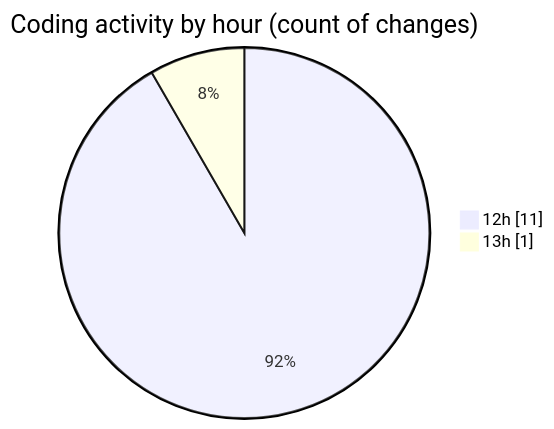
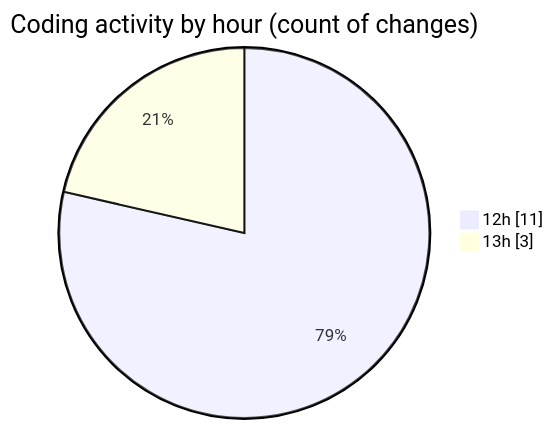
One commit to BS-eng2023/code-tracking changed the second of 2 diagrams in 2025-03-27/vms-backend/README.md. Above: the diagram before and after it, drawn with Mermaid. The commit also changed other lines of this file and 1 other file, not shown here.

````diff
--- a/2025-03-27/vms-backend/README.md
+++ b/2025-03-27/vms-backend/README.md
@@ -36,6 +39,6 @@
 ```mermaid
 pie showData
 title Coding activity by hour (count of changes)
 "12h" : 11
-"13h" : 1
+"13h" : 3
 ```
````
